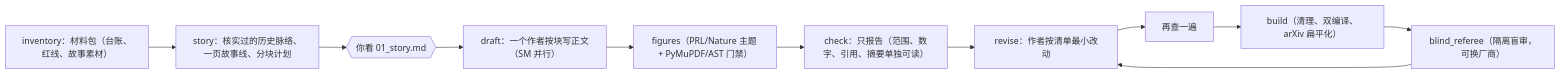
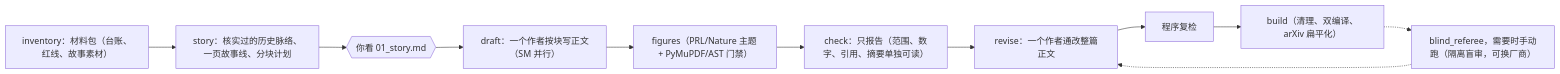
The diagram in README_zh.md (Misaka16384/liber), drawn with Mermaid before and after one commit. The commit also changed other lines of this file and 10 other files, not shown here.

````diff
--- a/README_zh.md
+++ b/README_zh.md
@@ -25,11 +25,11 @@
 ```mermaid
 flowchart LR
   S0["inventory：材料包（台账、红线、故事素材）"] --> S1["story：核实过的历史脉络、一页故事线、分块计划"]
   S1 --> P{{"你看 01_story.md"}}
   P --> S2["draft：一个作者按块写正文（SM 并行）"]
   S2 --> F["figures（PRL/Nature 主题 + PyMuPDF/AST 门禁）"]
   F --> C["check：只报告（范围、数字、引用、摘要单独可读）"]
-  C --> R["revise：作者按清单最小改动"]
-  R --> C2["再查一遍"] --> B["build（清理、双编译、arXiv 扁平化）"]
-  B --> Ref["blind_referee（隔离盲审，可换厂商）"] --> R
+  C --> R["revise：一个作者通改整篇正文"]
+  R --> C2["程序复检"] --> B["build（清理、双编译、arXiv 扁平化）"]
+  B -.-> Ref["blind_referee，需要时手动跑（隔离盲审，可换厂商）"] -.-> R
 ```
````
